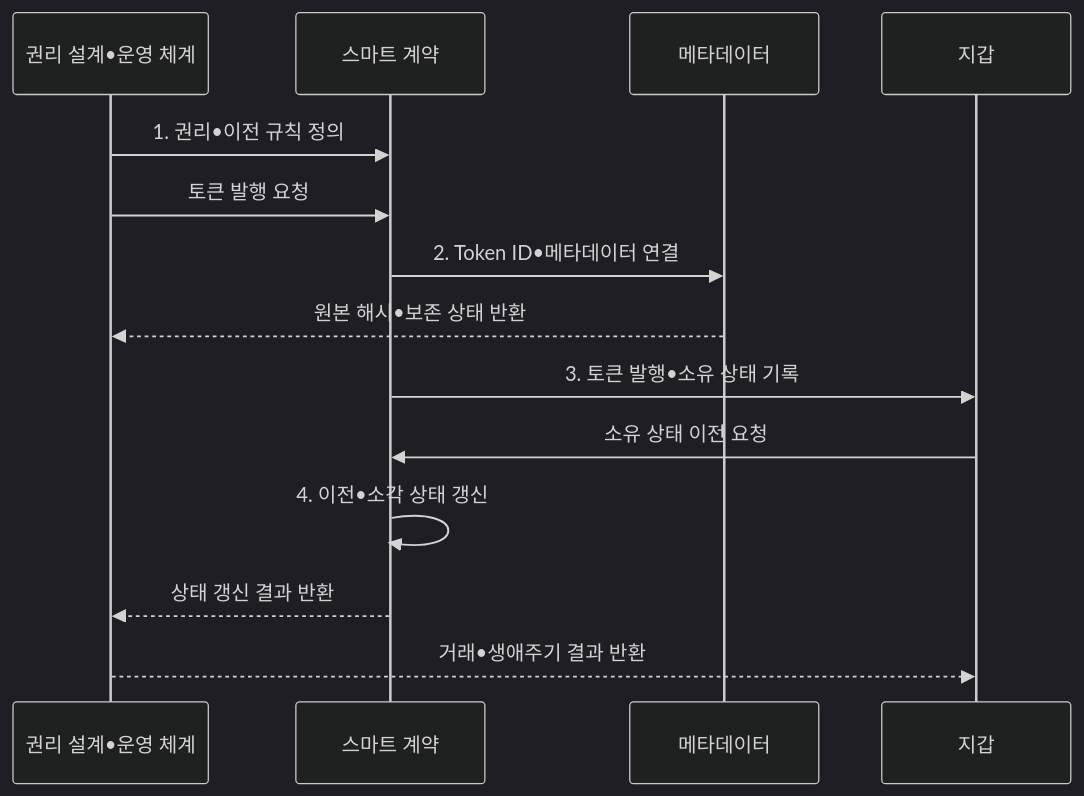
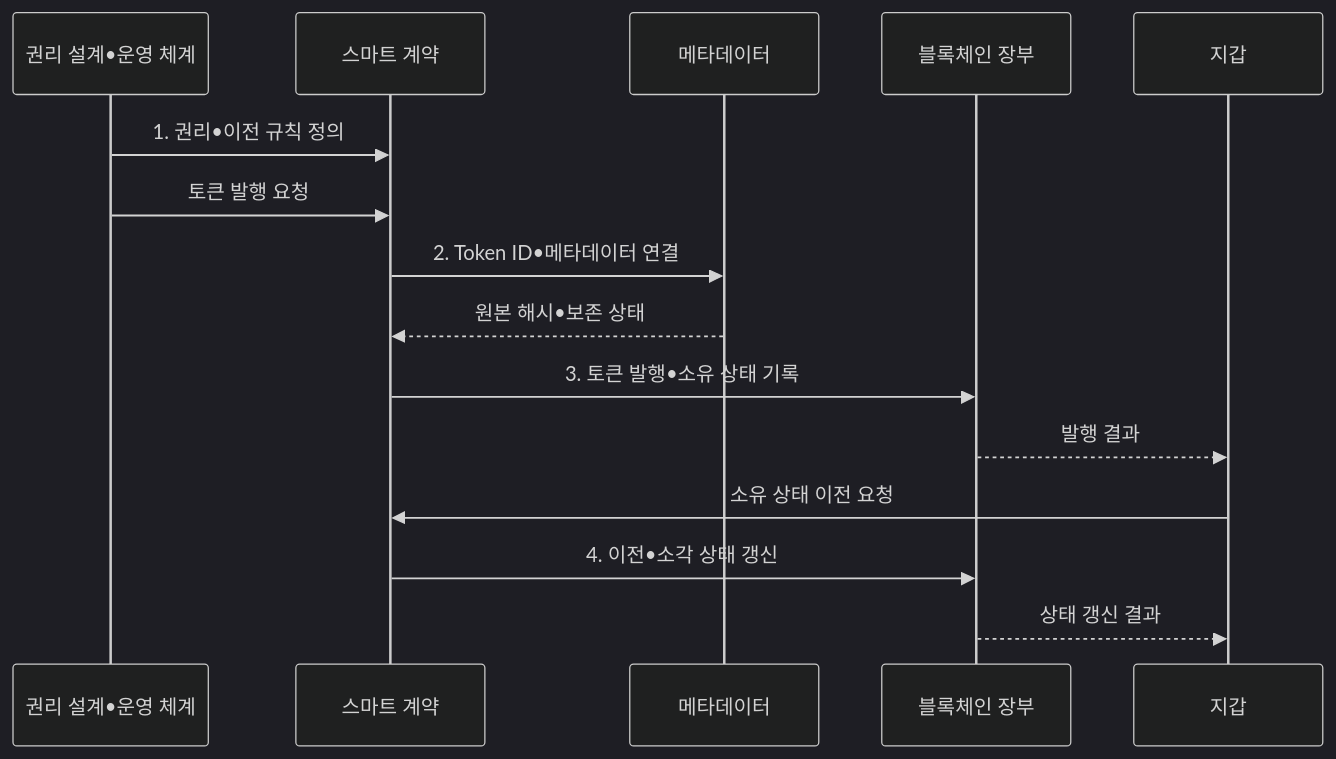
The second of 2 diagrams in src/content/docs/notes/08-latest-tech/223_nft_non_fungible_token.md (agnusdei1207/knowledge-base), drawn with Mermaid (dark theme) before and after one commit. The commit also changed other lines of this file and 3 other files, not shown here.

````diff
--- a/src/content/docs/notes/08-latest-tech/223_nft_non_fungible_token.md
+++ b/src/content/docs/notes/08-latest-tech/223_nft_non_fungible_token.md
@@ -104,16 +104,17 @@
 ```mermaid
 sequenceDiagram
-    participant R as 권리 설계•운영 체계
+  participant R as 권리 설계•운영 체계
   participant C as 스마트 계약
   participant M as 메타데이터
+  participant L as 블록체인 장부
   participant W as 지갑
   R->>C: 1. 권리•이전 규칙 정의
-    R->>C: 토큰 발행 요청
+  R->>C: 토큰 발행 요청
   C->>M: 2. Token ID•메타데이터 연결
-    M-->>R: 원본 해시•보존 상태 반환
-  C->>W: 3. 토큰 발행•소유 상태 기록
+  M-->>C: 원본 해시•보존 상태
+  C->>L: 3. 토큰 발행•소유 상태 기록
+  L-->>W: 발행 결과
   W->>C: 소유 상태 이전 요청
-  C->>C: 4. 이전•소각 상태 갱신
-    C-->>R: 상태 갱신 결과 반환
-    R-->>W: 거래•생애주기 결과 반환
+  C->>L: 4. 이전•소각 상태 갱신
+  L-->>W: 상태 갱신 결과
 ```
````
